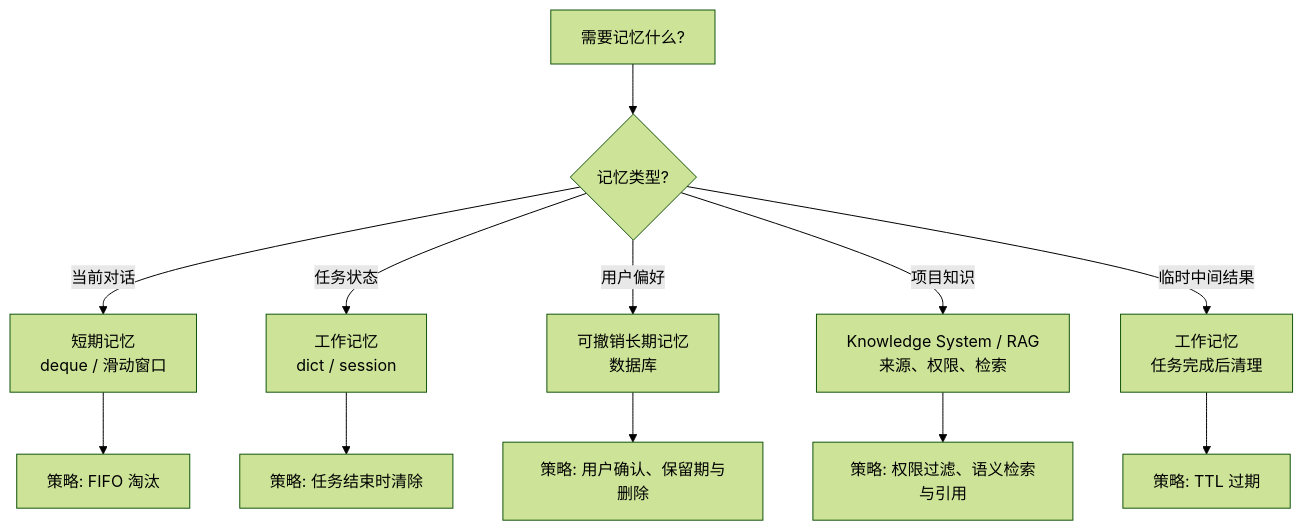
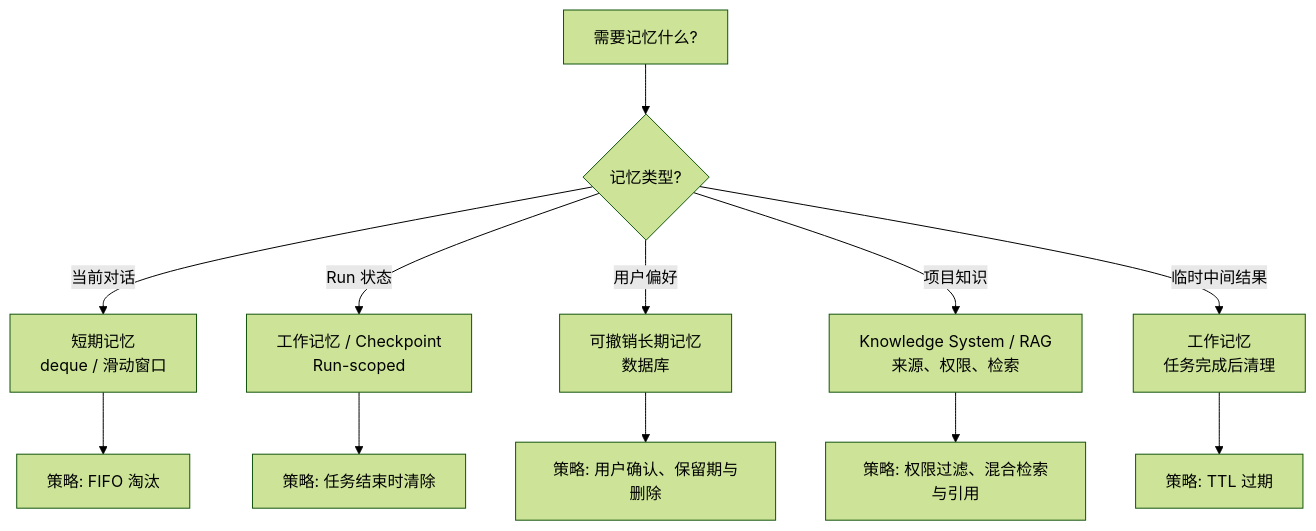
One commit to dollarser/modern-ai-agent-architecture changed the third of 3 diagrams in docs/chapters/18-best-practices/README.md. Above: the diagram before and after it, drawn with Mermaid (forest theme). The commit also changed other lines of this file and 132 other files, not shown here.

Commit message:
Finalize AI Agent book architecture and release preparation

````diff
--- a/docs/chapters/18-best-practices/README.md
+++ b/docs/chapters/18-best-practices/README.md
@@ -170,14 +179,14 @@
 ```mermaid
 flowchart TD
     A["需要记忆什么?"] --> B{记忆类型?}
     B -->|当前对话| C["短期记忆<br/>deque / 滑动窗口"]
-    B -->|任务状态| D["工作记忆<br/>dict / session"]
+    B -->|Run 状态| D["工作记忆 / Checkpoint<br/>Run-scoped"]
     B -->|用户偏好| E["可撤销长期记忆<br/>数据库"]
     B -->|项目知识| F["Knowledge System / RAG<br/>来源、权限、检索"]
     B -->|临时中间结果| G["工作记忆<br/>任务完成后清理"]
     C --> H["策略: FIFO 淘汰"]
     D --> I["策略: 任务结束时清除"]
     E --> J["策略: 用户确认、保留期与删除"]
-    F --> K["策略: 权限过滤、语义检索与引用"]
+    F --> K["策略: 权限过滤、混合检索与引用"]
     G --> L["策略: TTL 过期"]
 ```
````
